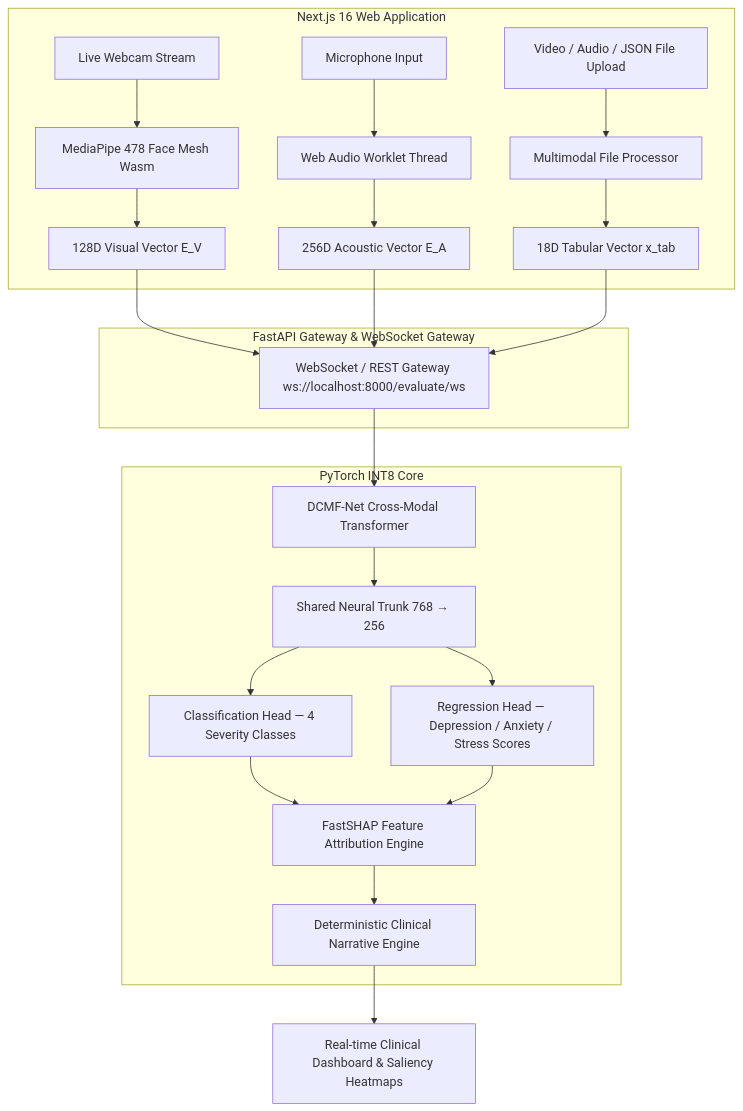
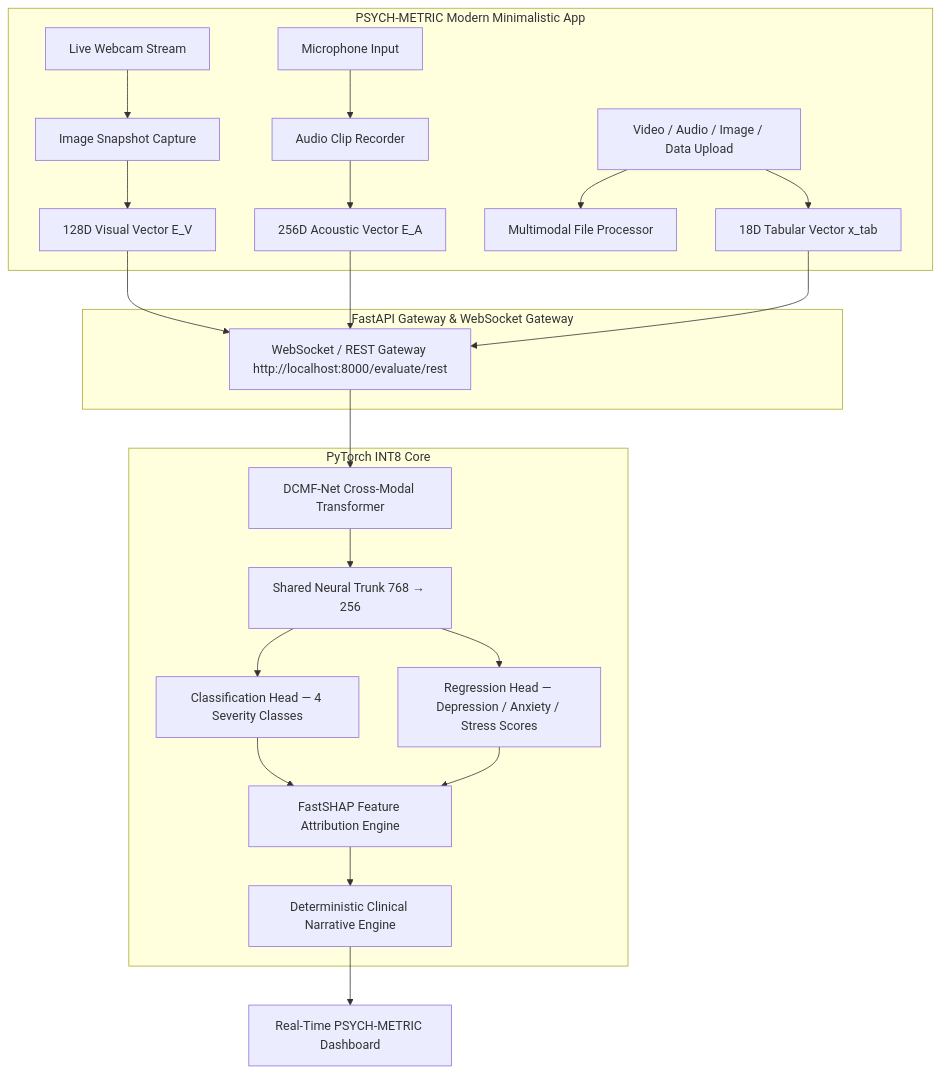
The diagram in README.md (M-Sanjay-IND/multimodal-mental-health), drawn with Mermaid before and after one commit. The commit also changed other lines of this file and 4 other files, not shown here.

Commit message:
feat(frontend): remake UI to white modern minimalistic PSYCH-METRIC dashboard with live camera snapshot, audio recorder, and upload modal

````diff
--- a/README.md
+++ b/README.md
@@ -16,31 +34,31 @@
 ```mermaid
 graph TD
-    subgraph Client Layer [Next.js 16 Web Application]
-        Cam[Live Webcam Stream] --> MP[MediaPipe 478 Face Mesh Wasm]
-        Mic[Microphone Input] --> WA[Web Audio Worklet Thread]
-        Upload[Video / Audio / JSON File Upload] --> Uploader[Multimodal File Processor]
+    subgraph Client Layer [PSYCH-METRIC Modern Minimalistic App]
+        Cam[Live Webcam Stream] --> Snapshot[Image Snapshot Capture]
+        Mic[Microphone Input] --> AudioRec[Audio Clip Recorder]
+        Upload[Video / Audio / Image / Data Upload] --> Uploader[Multimodal File Processor]
 
-        MP --> VisVec[128D Visual Vector E_V]
-        WA --> AcVec[256D Acoustic Vector E_A]
-        Uploader --> TabVec[18D Tabular Vector x_tab]
+        Snapshot --> VisVec[128D Visual Vector E_V]
+        AudioRec --> AcVec[256D Acoustic Vector E_A]
+        Upload --> TabVec[18D Tabular Vector x_tab]
     end
 
     subgraph Gateway Layer [FastAPI Gateway & WebSocket Gateway]
-        VisVec --> WS[WebSocket / REST Gateway ws://localhost:8000/evaluate/ws]
+        VisVec --> WS[WebSocket / REST Gateway http://localhost:8000/evaluate/rest]
         AcVec --> WS
         TabVec --> WS
     end
 
     subgraph AI Inference Layer [PyTorch INT8 Core]
         WS --> DCMF[DCMF-Net Cross-Modal Transformer]
         DCMF --> Trunk[Shared Neural Trunk 768 → 256]
         Trunk --> ClsHead[Classification Head — 4 Severity Classes]
         Trunk --> RegHead[Regression Head — Depression / Anxiety / Stress Scores]
 
         ClsHead --> FastSHAP[FastSHAP Feature Attribution Engine]
         RegHead --> FastSHAP
         FastSHAP --> Narrative[Deterministic Clinical Narrative Engine]
     end
 
-    Narrative --> UI[Real-time Clinical Dashboard & Saliency Heatmaps]
+    Narrative --> UI[Real-Time PSYCH-METRIC Dashboard]
 ```
````
